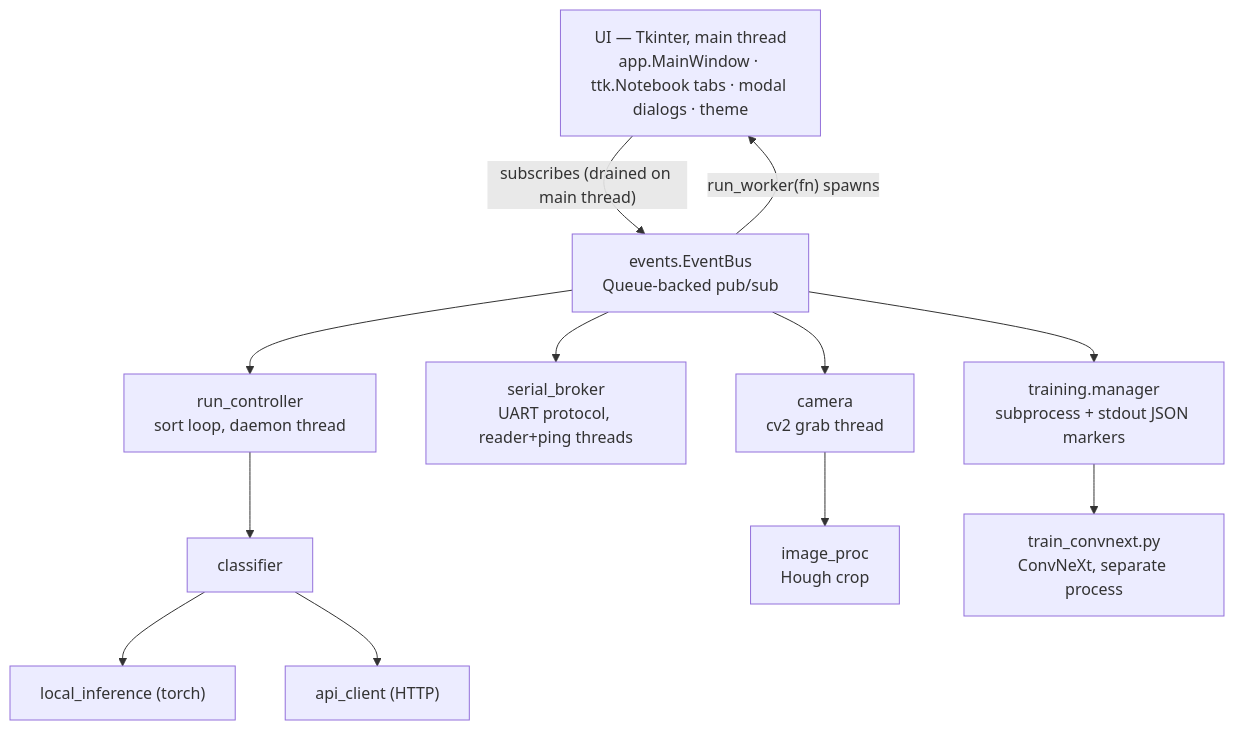
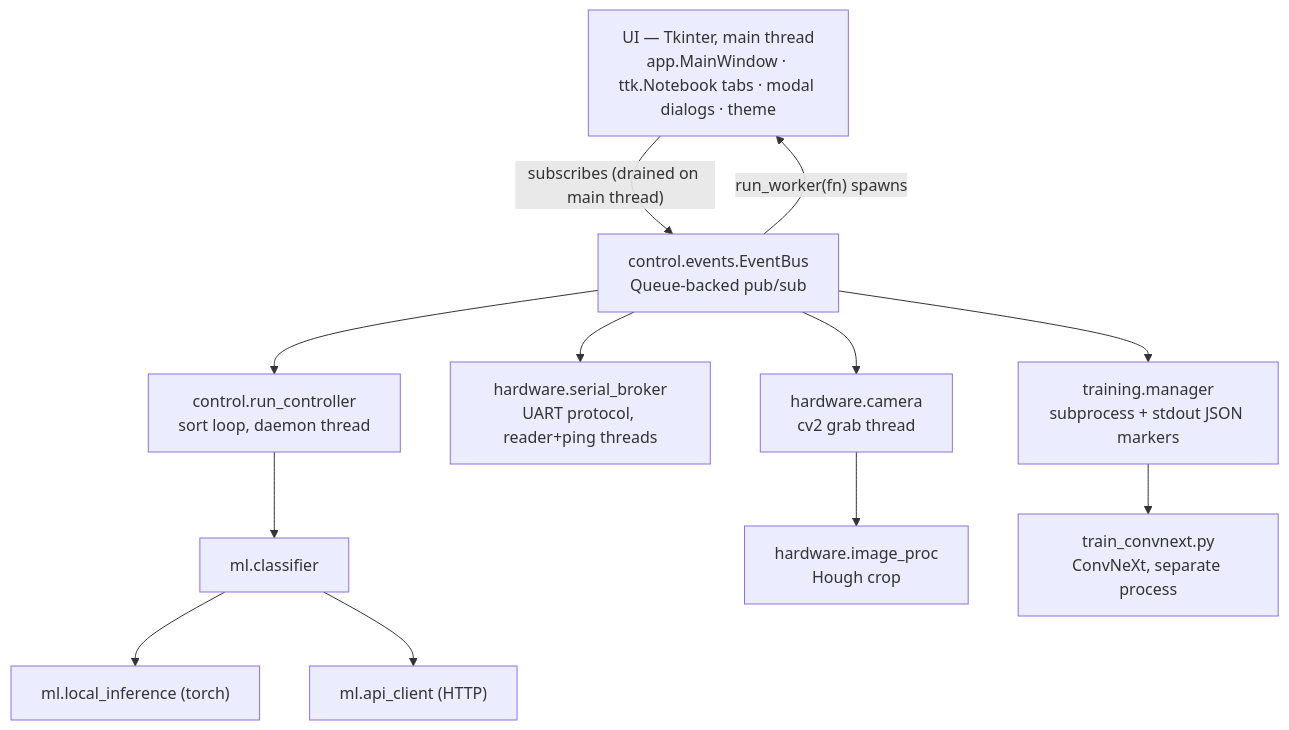
One commit to sjseth/AI-Case-Sorter-Py changed the first of 2 diagrams in CLAUDE.md. Above: the diagram before and after it, drawn with Mermaid. The commit also changed other lines of this file and 103 other files, not shown here.

````diff
--- a/CLAUDE.md
+++ b/CLAUDE.md
@@ -104,21 +128,21 @@
 ```mermaid
 flowchart TB
     UI["UI — Tkinter, main thread<br/>app.MainWindow · ttk.Notebook tabs · modal dialogs · theme"]
-    Bus["events.EventBus<br/>Queue-backed pub/sub"]
+    Bus["control.events.EventBus<br/>Queue-backed pub/sub"]
 
     UI -- "subscribes (drained on main thread)" --> Bus
     Bus -- "run_worker(fn) spawns" --> UI
 
-    Bus --> RC["run_controller<br/>sort loop, daemon thread"]
-    Bus --> SB["serial_broker<br/>UART protocol, reader+ping threads"]
-    Bus --> CAM["camera<br/>cv2 grab thread"]
+    Bus --> RC["control.run_controller<br/>sort loop, daemon thread"]
+    Bus --> SB["hardware.serial_broker<br/>UART protocol, reader+ping threads"]
+    Bus --> CAM["hardware.camera<br/>cv2 grab thread"]
     Bus --> TM["training.manager<br/>subprocess + stdout JSON markers"]
 
-    RC --> CLF["classifier"]
-    CLF --> LI["local_inference (torch)"]
-    CLF --> API["api_client (HTTP)"]
+    RC --> CLF["ml.classifier"]
+    CLF --> LI["ml.local_inference (torch)"]
+    CLF --> API["ml.api_client (HTTP)"]
 
-    CAM --> IP["image_proc<br/>Hough crop"]
+    CAM --> IP["hardware.image_proc<br/>Hough crop"]
 
     TM --> TC["train_convnext.py<br/>ConvNeXt, separate process"]
 ```
````
